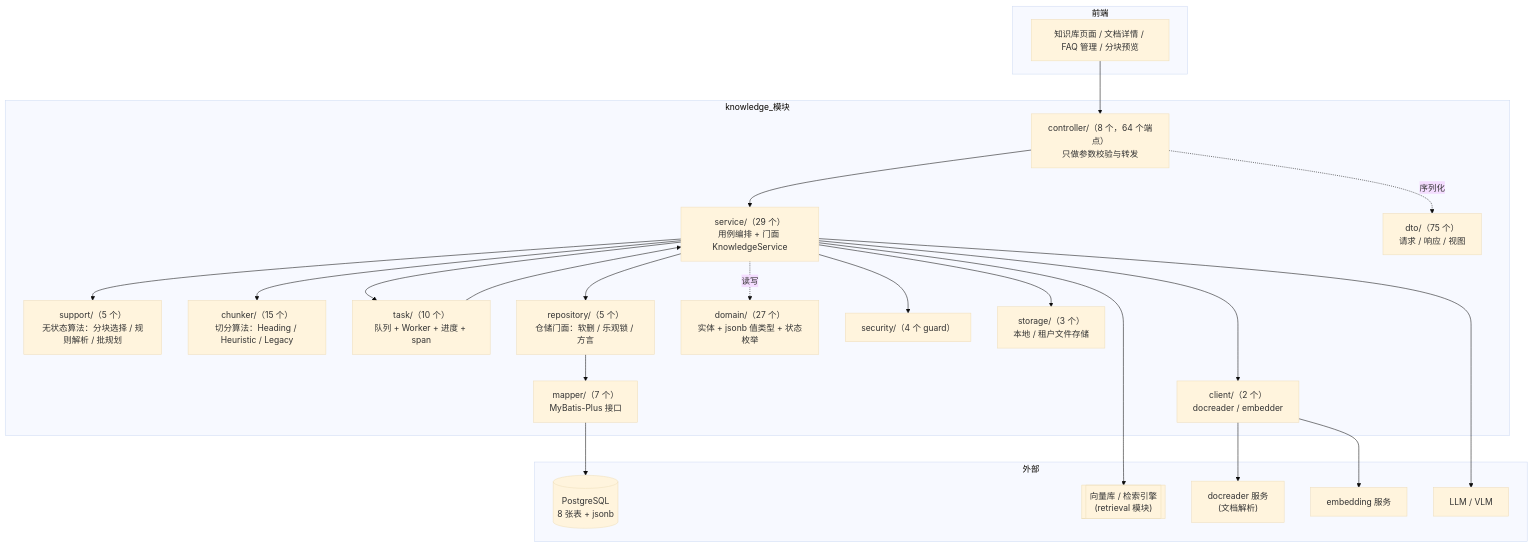
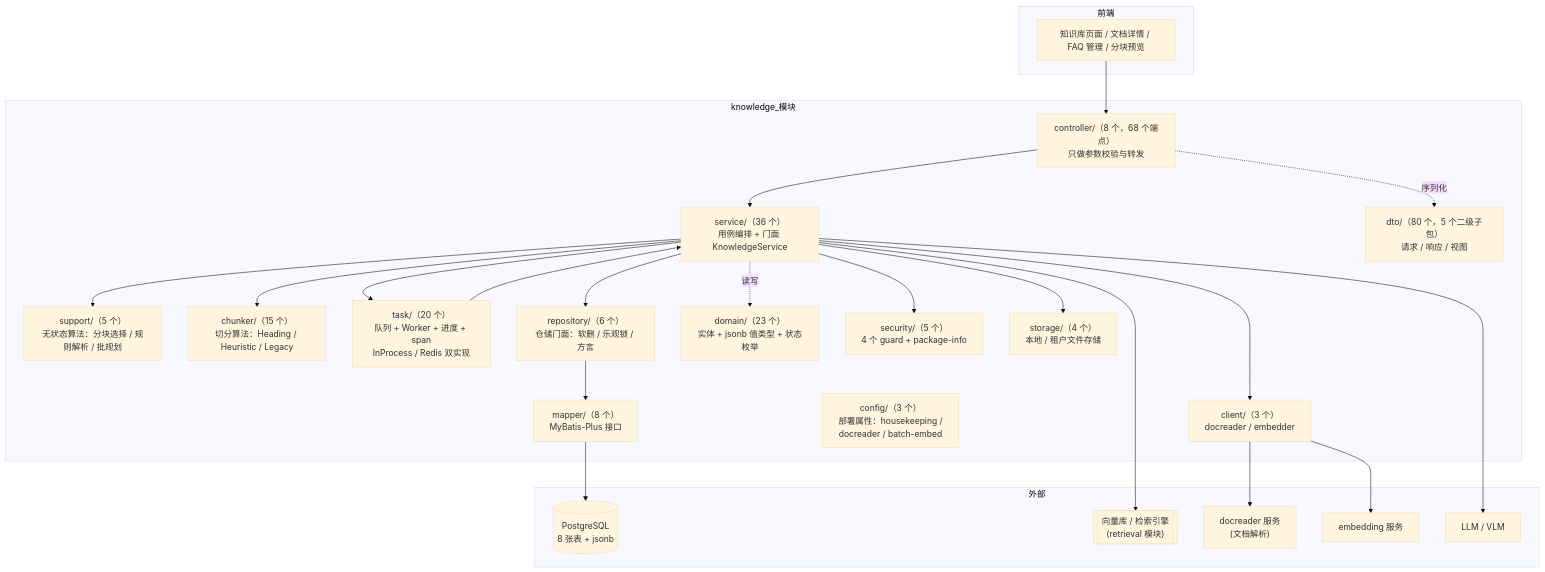
The first of 9 diagrams in docs/knowledge-module-guide.md (pmbilly/ragagent), drawn with Mermaid (base theme) before and after one commit. The commit also changed other lines of this file and 36 other files, not shown here.

````diff
--- a/docs/knowledge-module-guide.md
+++ b/docs/knowledge-module-guide.md
@@ -30,40 +30,41 @@
 ```mermaid
 graph TB
     subgraph 前端
         FE["知识库页面 / 文档详情 / FAQ 管理 / 分块预览"]
     end
 
     subgraph knowledge_模块
-        CTRL["controller/（8 个，64 个端点）<br/>只做参数校验与转发"]
-        SVC["service/（29 个）<br/>用例编排 + 门面 KnowledgeService"]
+        CTRL["controller/（8 个，68 个端点）<br/>只做参数校验与转发"]
+        SVC["service/（36 个）<br/>用例编排 + 门面 KnowledgeService"]
         SUP["support/（5 个）<br/>无状态算法：分块选择 / 规则解析 / 批规划"]
         CHK["chunker/（15 个）<br/>切分算法：Heading / Heuristic / Legacy"]
-        TASK["task/（10 个）<br/>队列 + Worker + 进度 + span"]
-        REPO["repository/（5 个）<br/>仓储门面：软删 / 乐观锁 / 方言"]
-        MAP["mapper/（7 个）<br/>MyBatis-Plus 接口"]
-        DOM["domain/（27 个）<br/>实体 + jsonb 值类型 + 状态枚举"]
-        DTO["dto/（75 个）<br/>请求 / 响应 / 视图"]
-        SEC["security/（4 个 guard）"]
-        STORE["storage/（3 个）<br/>本地 / 租户文件存储"]
-        CLI["client/（2 个）<br/>docreader / embedder"]
+        TASK["task/（20 个）<br/>队列 + Worker + 进度 + span<br/>InProcess / Redis 双实现"]
+        REPO["repository/（6 个）<br/>仓储门面：软删 / 乐观锁 / 方言"]
+        MAP["mapper/（8 个）<br/>MyBatis-Plus 接口"]
+        DOM["domain/（23 个）<br/>实体 + jsonb 值类型 + 状态枚举"]
+        DTO["dto/（80 个，5 个二级子包）<br/>请求 / 响应 / 视图"]
+        SEC["security/（5 个）<br/>4 个 guard + package-info"]
+        CFG["config/（3 个）<br/>部署属性：housekeeping /<br/>docreader / batch-embed"]
+        STORE["storage/（4 个）<br/>本地 / 租户文件存储"]
+        CLI["client/（3 个）<br/>docreader / embedder"]
     end
 
     subgraph 外部
         PG[("PostgreSQL<br/>8 张表 + jsonb")]
         VEC[["向量库 / 检索引擎<br/>(retrieval 模块)"]]
         DOC["docreader 服务<br/>(文档解析)"]
         EMBD["embedding 服务"]
         LLM["LLM / VLM"]
     end
 
     FE --> CTRL --> SVC
     SVC --> SUP & CHK & REPO & STORE & CLI & TASK
     SVC --> SEC
     TASK --> SVC
     REPO --> MAP --> PG
     SVC --> VEC
     CLI --> DOC & EMBD
     SVC --> LLM
     CTRL -. 序列化 .-> DTO
     SVC -. 读写 .-> DOM
 ```
````
